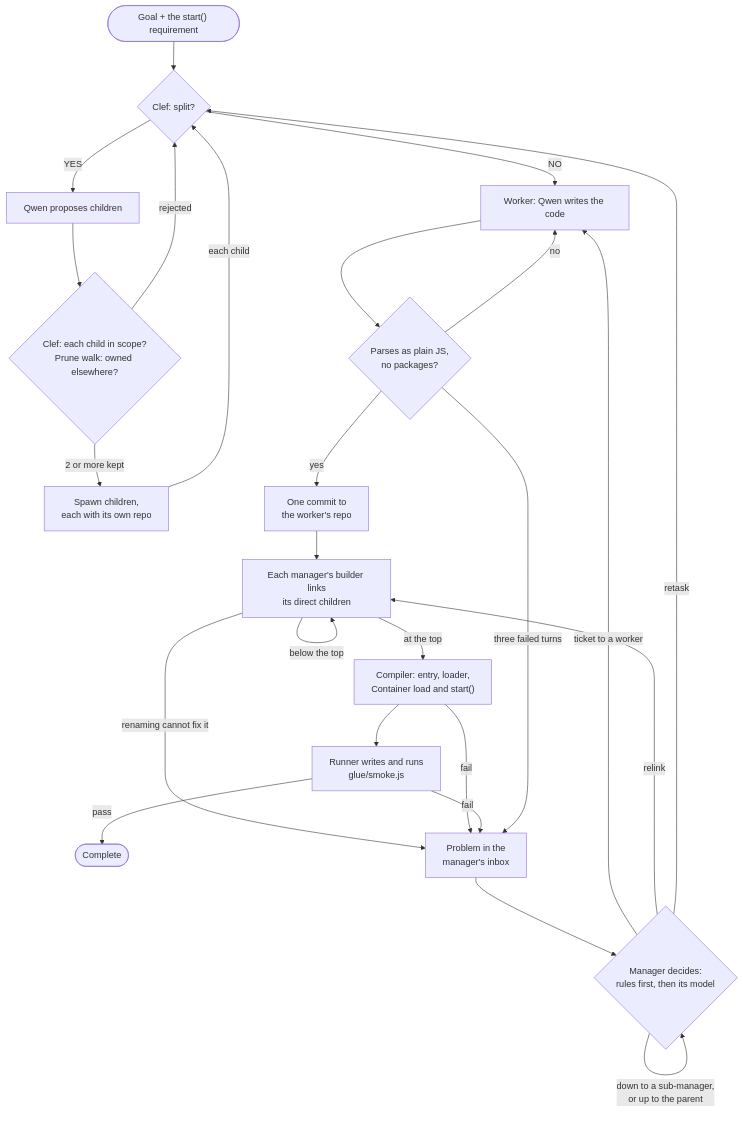
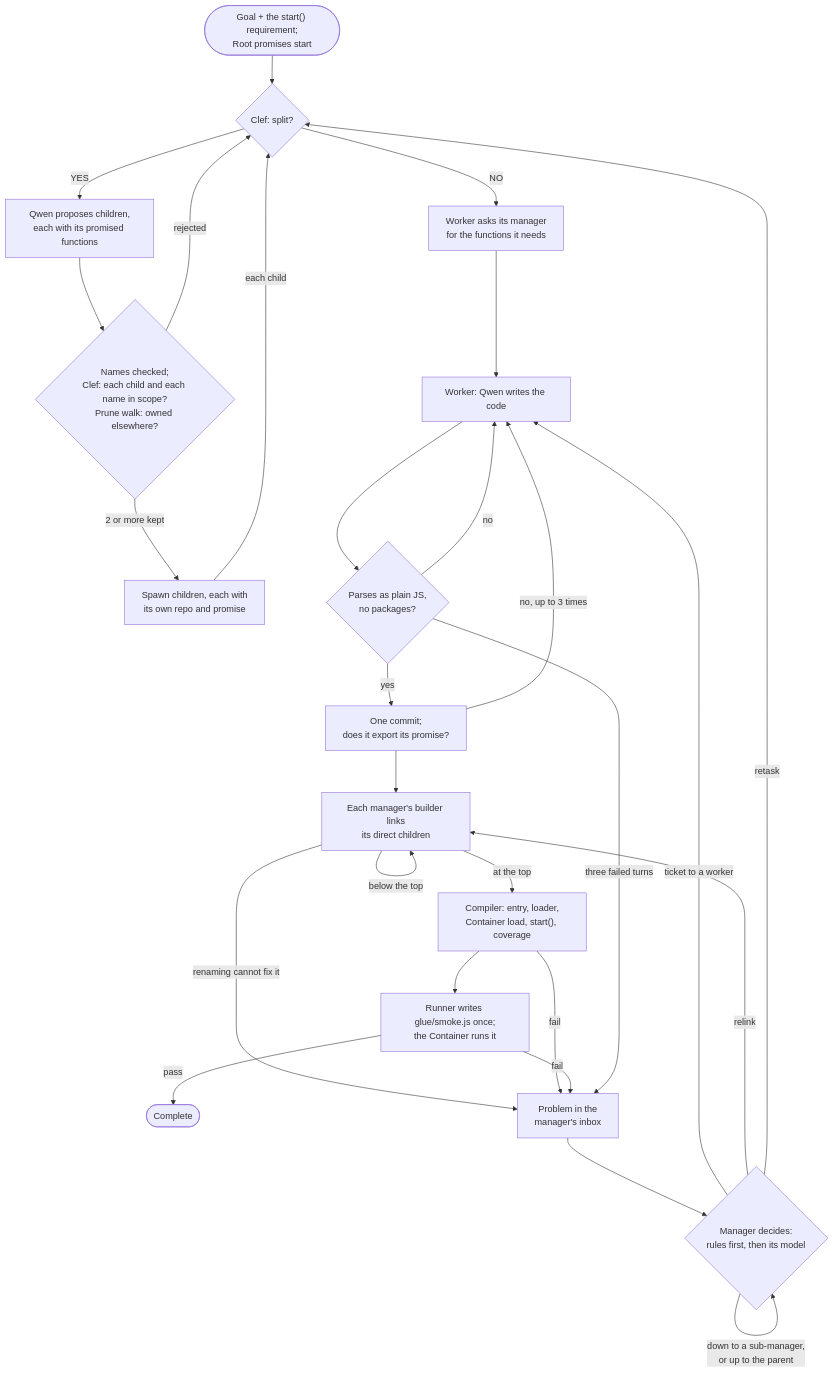
The second of 2 diagrams in README.md (tyrtop-ai/cloudflare-comp), drawn with Mermaid before and after one commit. The commit also changed other lines of this file and 8 other files, not shown here.

````diff
--- a/README.md
+++ b/README.md
@@ -99,27 +113,29 @@
 ```mermaid
 flowchart TD
-  goal(["Goal + the start() requirement"]) --> gate{"Clef: split?"}
-  gate -->|"YES"| propose["Qwen proposes children"]
-  propose --> scope{"Clef: each child in scope?<br/>Prune walk: owned elsewhere?"}
-  scope -->|"2 or more kept"| spawn["Spawn children,<br/>each with its own repo"]
+  goal(["Goal + the start() requirement;<br/>Root promises start"]) --> gate{"Clef: split?"}
+  gate -->|"YES"| propose["Qwen proposes children,<br/>each with its promised functions"]
+  propose --> scope{"Names checked;<br/>Clef: each child and each name in scope?<br/>Prune walk: owned elsewhere?"}
+  scope -->|"2 or more kept"| spawn["Spawn children, each with<br/>its own repo and promise"]
   scope -->|"rejected"| gate
   spawn -->|"each child"| gate
-  gate -->|"NO"| write["Worker: Qwen writes the code"]
+  gate -->|"NO"| ask["Worker asks its manager<br/>for the functions it needs"]
+  ask --> write["Worker: Qwen writes the code"]
   write --> parse{"Parses as plain JS,<br/>no packages?"}
   parse -->|"no"| write
-  parse -->|"yes"| commit["One commit to<br/>the worker's repo"]
+  parse -->|"yes"| commit["One commit;<br/>does it export its promise?"]
+  commit -->|"no, up to 3 times"| write
   commit --> link["Each manager's builder links<br/>its direct children"]
   link -->|"below the top"| link
-  link -->|"at the top"| compile["Compiler: entry, loader,<br/>Container load and start()"]
-  compile --> test["Runner writes and runs<br/>glue/smoke.js"]
+  link -->|"at the top"| compile["Compiler: entry, loader,<br/>Container load, start(), coverage"]
+  compile --> test["Runner writes glue/smoke.js once;<br/>the Container runs it"]
   test -->|"pass"| done(["Complete"])
   link -->|"renaming cannot fix it"| inbox["Problem in the<br/>manager's inbox"]
   compile -->|"fail"| inbox
   test -->|"fail"| inbox
   parse -->|"three failed turns"| inbox
   inbox --> decide{"Manager decides:<br/>rules first, then its model"}
   decide -->|"down to a sub-manager,<br/>or up to the parent"| decide
   decide -->|"ticket to a worker"| write
   decide -->|"relink"| link
   decide -->|"retask"| gate
 ```
````
